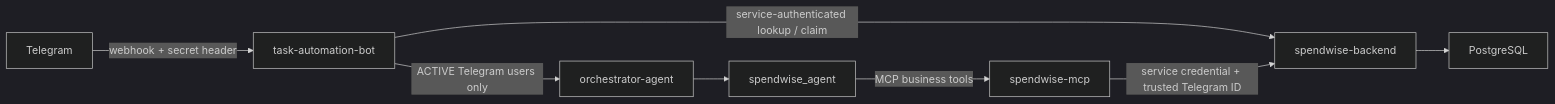
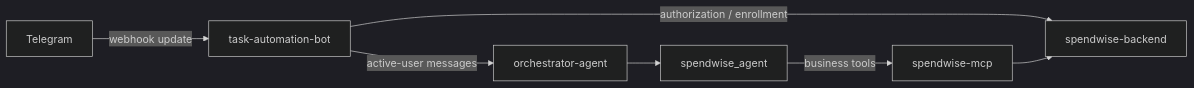
Before and after one commit to krDipesh02/task-automation-bot: the diagram in README.md, drawn with Mermaid (dark theme). The commit also changed other lines of this file and 1 other file, not shown here.

````diff
--- a/README.md
+++ b/README.md
@@ -7,10 +9,9 @@
 ```mermaid
 flowchart LR
-  Telegram -->|webhook + secret header| Bot[task-automation-bot]
-  Bot -->|service-authenticated lookup / claim| Backend[spendwise-backend]
-  Backend --> PostgreSQL
-  Bot -->|ACTIVE Telegram users only| Orchestrator[orchestrator-agent]
+  Telegram -->|webhook update| Bot[task-automation-bot]
+  Bot -->|authorization / enrollment| Backend[spendwise-backend]
+  Bot -->|active-user messages| Orchestrator[orchestrator-agent]
   Orchestrator --> Agent[spendwise_agent]
-  Agent -->|MCP business tools| MCP[spendwise-mcp]
-  MCP -->|service credential + trusted Telegram ID| Backend
+  Agent -->|business tools| MCP[spendwise-mcp]
+  MCP --> Backend
 ```
````
